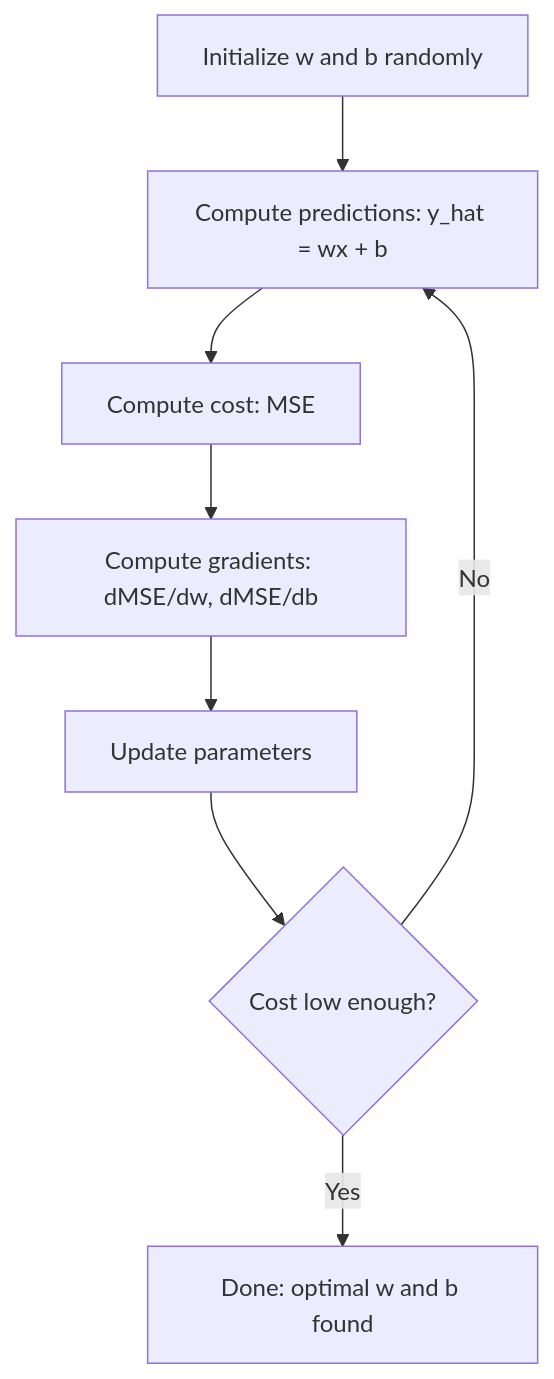
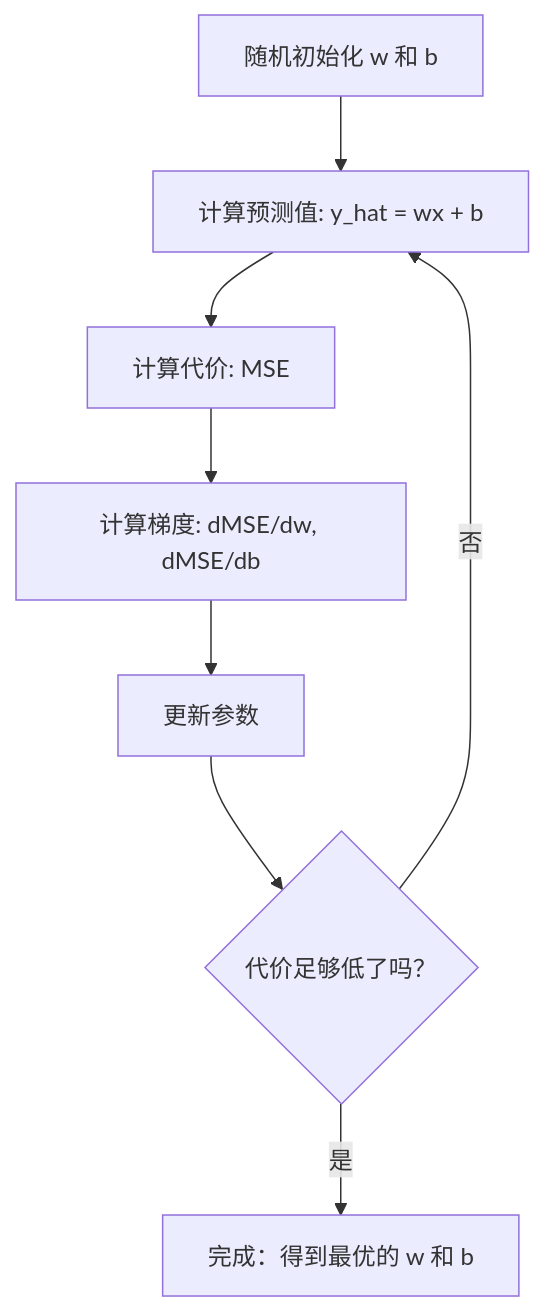
One commit to omigaZen/ai-engineering-from-scratch changed the diagram in phases/02-ml-fundamentals/02-linear-regression/docs/zh.md. Above: the diagram before and after it, drawn with Mermaid. The commit also changed other lines of this file, not shown here.

````diff
--- a/phases/02-ml-fundamentals/02-linear-regression/docs/zh.md
+++ b/phases/02-ml-fundamentals/02-linear-regression/docs/zh.md
@@ -64,10 +64,10 @@
 ```mermaid
 flowchart TD
-    A[Initialize w and b randomly] --> B[Compute predictions: y_hat = wx + b]
-    B --> C[Compute cost: MSE]
-    C --> D[Compute gradients: dMSE/dw, dMSE/db]
-    D --> E[Update parameters]
-    E --> F{Cost low enough?}
-    F -->|No| B
-    F -->|Yes| G[Done: optimal w and b found]
+    A[随机初始化 w 和 b] --> B[计算预测值: y_hat = wx + b]
+    B --> C[计算代价: MSE]
+    C --> D[计算梯度: dMSE/dw, dMSE/db]
+    D --> E[更新参数]
+    E --> F{代价足够低了吗？}
+    F -->|否| B
+    F -->|是| G[完成：得到最优的 w 和 b]
 ```
````
